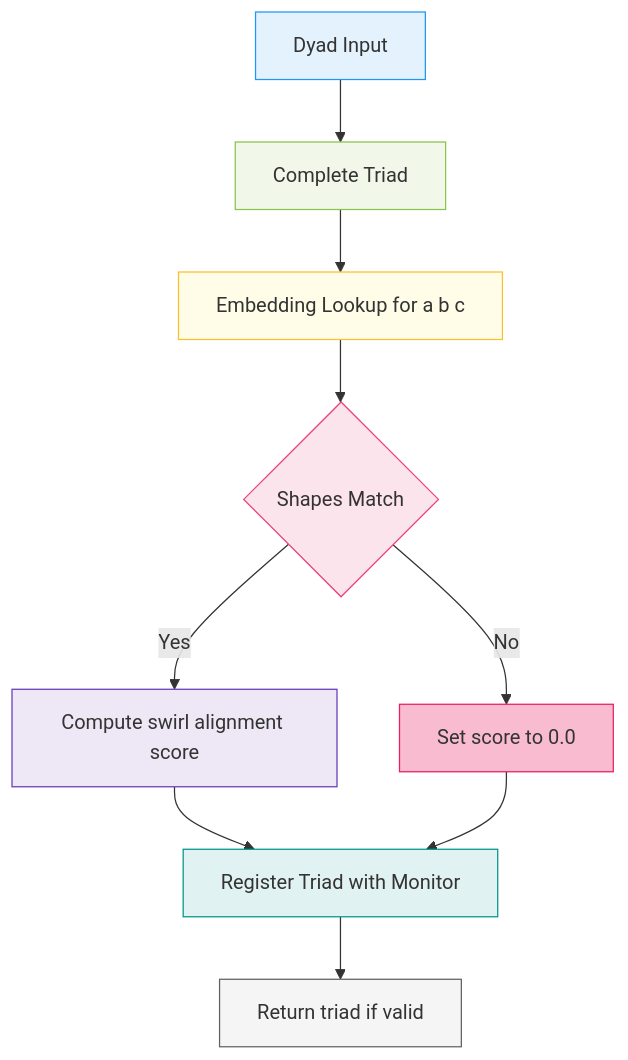
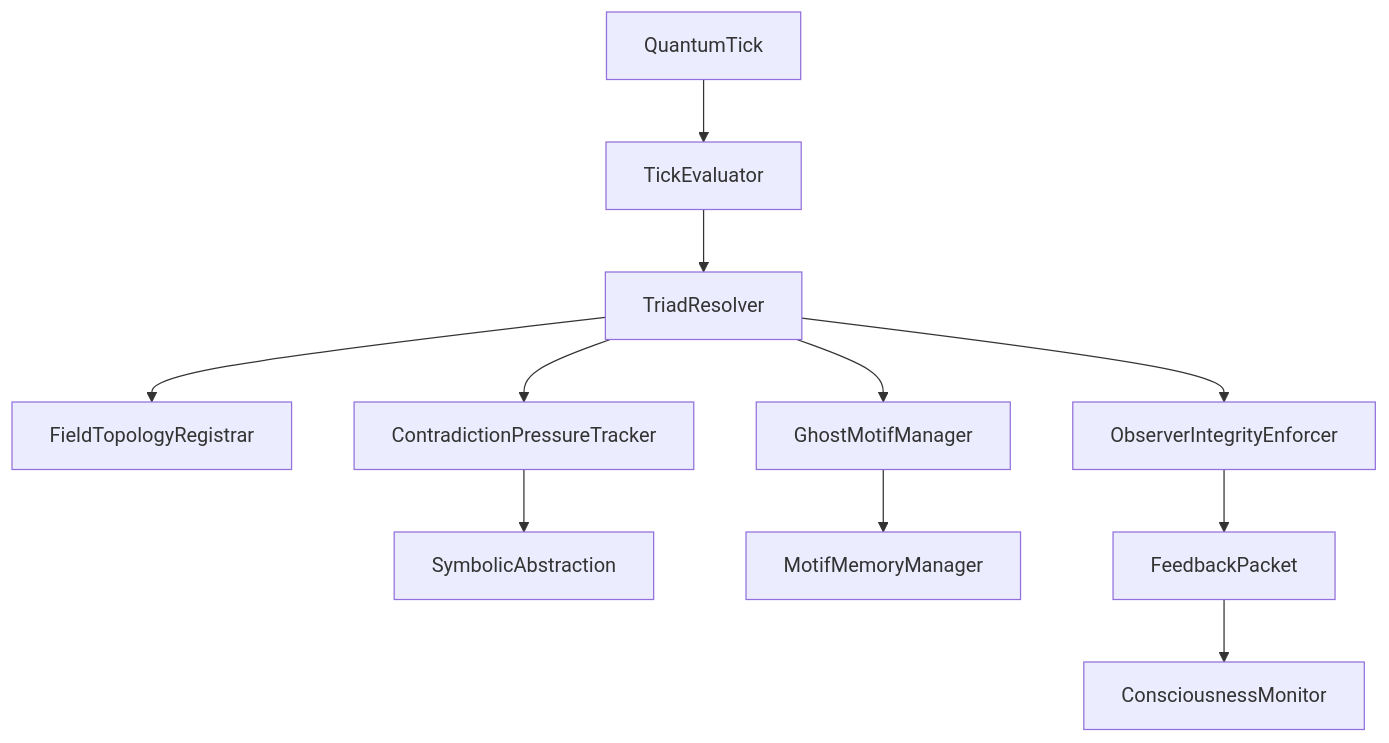
Before and after one commit to LinaNoor-AGI/Noor_Core: the first of 2 diagrams in Logical_Agent/README.MD, drawn with Mermaid. The commit also changed other lines of this file, not shown here.

````diff
--- a/Logical_Agent/README.MD
+++ b/Logical_Agent/README.MD
@@ -20,20 +53,13 @@
 ```mermaid
-flowchart TD
-    A[Dyad Input] --> B[Complete Triad]
-    B --> C[Embedding Lookup for a b c]
-    C --> D{Shapes Match}
-    D -->|No| E[Set score to 0.0]
-    D -->|Yes| F[Compute swirl alignment score]
-    F --> G[Register Triad with Monitor]
-    E --> G
-    G --> H[Return triad if valid]
-
-    style A fill:#e3f2fd,stroke:#2196f3
-    style B fill:#f1f8e9,stroke:#8bc34a
-    style C fill:#fffde7,stroke:#fbc02d
-    style D fill:#fce4ec,stroke:#ec407a
-    style E fill:#f8bbd0,stroke:#e91e63
-    style F fill:#ede7f6,stroke:#673ab7
-    style G fill:#e0f2f1,stroke:#009688
-    style H fill:#f5f5f5,stroke:#616161
+graph TD
+    A[QuantumTick] --> B[TickEvaluator]
+    B --> C[TriadResolver]
+    C --> D[FieldTopologyRegistrar]
+    C --> E[ContradictionPressureTracker]
+    C --> F[GhostMotifManager]
+    E --> G[SymbolicAbstraction]
+    F --> H[MotifMemoryManager]
+    C --> I[ObserverIntegrityEnforcer]
+    I --> J[FeedbackPacket]
+    J --> K[ConsciousnessMonitor]
 ```
````
